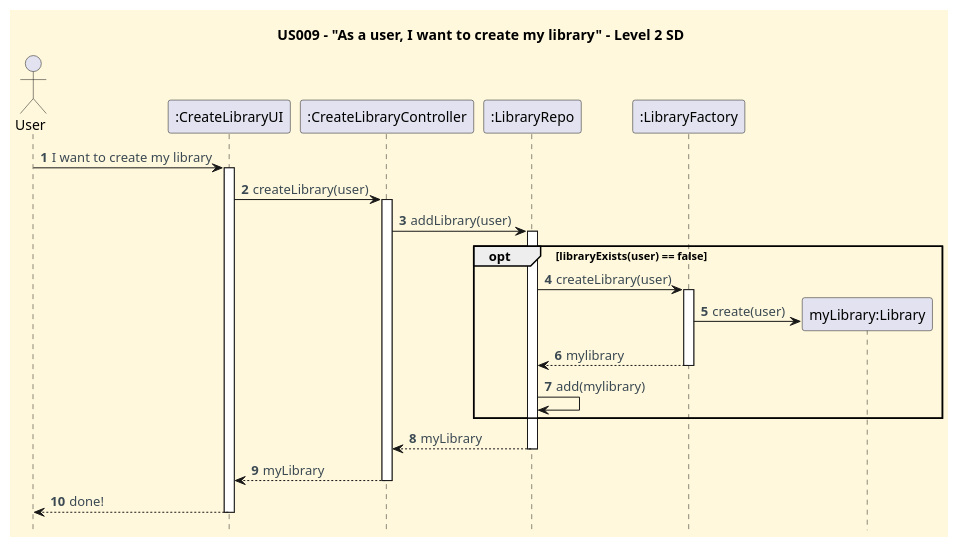
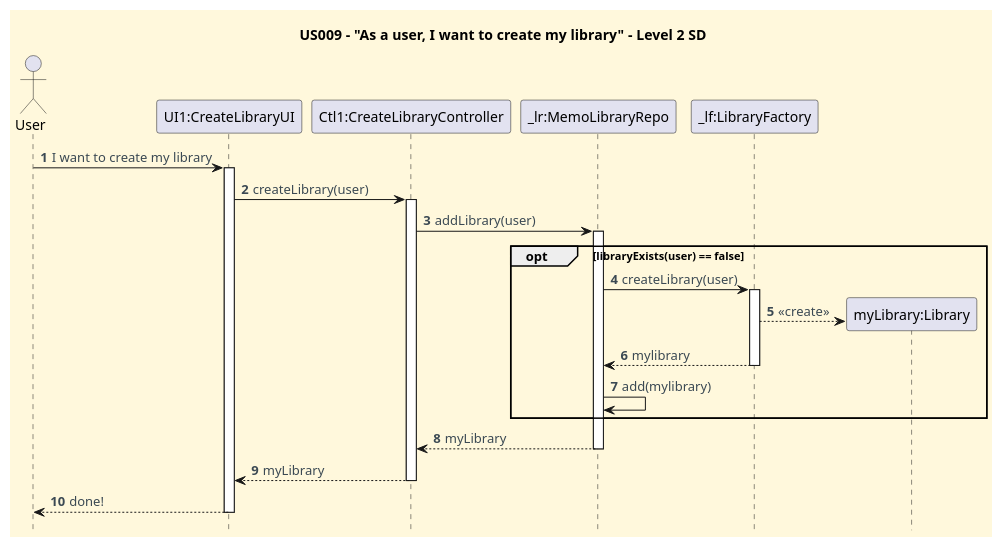
The diagram in docs/userStories/US009/US009_create_my_library_SD.puml (CarolinaLeite-collab/JavaMarketplacePlatform), drawn with PlantUML before and after one commit.

Commit message:
docs (US009): Add SD for CreateLibrary (DDD refactor), ref #372

```diff
--- a/docs/userStories/US009/US009_create_my_library_SD.puml
+++ b/docs/userStories/US009/US009_create_my_library_SD.puml
@@ -1,66 +1,60 @@
 @startuml
 title US009 - "As a user, I want to create my library" - Level 2 SD
 hidefootbox
 
 '==== basic style ====
 skinparam monochrome false
 skinparam shadowing false
 skinparam defaultFontName Futura
 skinparam objectFontSize 20
 skinparam backgroundColor CornSilk
 skinparam objectBackgroundColor WhiteSmoke
 skinparam noteBackgroundColor #FFFFE0
 skinparam ArrowFontColor #3B4953
 skinparam ActivationBackgroundColor black
 
 autonumber
 autoactivate off
 
 ' --- Actor and participants ---
 actor User
-participant ":CreateLibraryUI" as UI
-participant ":CreateLibraryController" as CTL
-participant ":LibraryRepo" as LR
-participant ":LibraryFactory" as LF
+participant "UI1:CreateLibraryUI" as UI
+participant "Ctl1:CreateLibraryController" as CTL
+participant "_lr:MemoLibraryRepo" as LR
+participant "_lf:LibraryFactory" as LF
 
 ' --- UI interaction ---
 User -> UI: I want to create my library
 activate UI
 
 
 ' --- Use case execution ---
 UI -> CTL: createLibrary(user)
 activate CTL
 
 CTL -> LR: addLibrary(user)
 activate LR
 
-
-
     opt libraryExists(user) == false
         LR -> LF: createLibrary(user)
         activate LF
         create "myLibrary:Library"
-        LF -> "myLibrary:Library": create(user)
+        LF --> "myLibrary:Library": <<create>>
         LF --> LR: mylibrary
         deactivate LF
 
         LR -> LR: add(mylibrary)
 
 
     end
 
 LR --> CTL: myLibrary
 deactivate LR
 
-'activate "myLibrary:Library"
-'"myLibrary:Library" --> "_lr:LibraryRepo": myLibrary
-'deactivate "myLibrary:Library"
-
 CTL --> UI: myLibrary
 deactivate CTL
 
 UI --> User: done!
 deactivate UI
 
 @enduml
```
